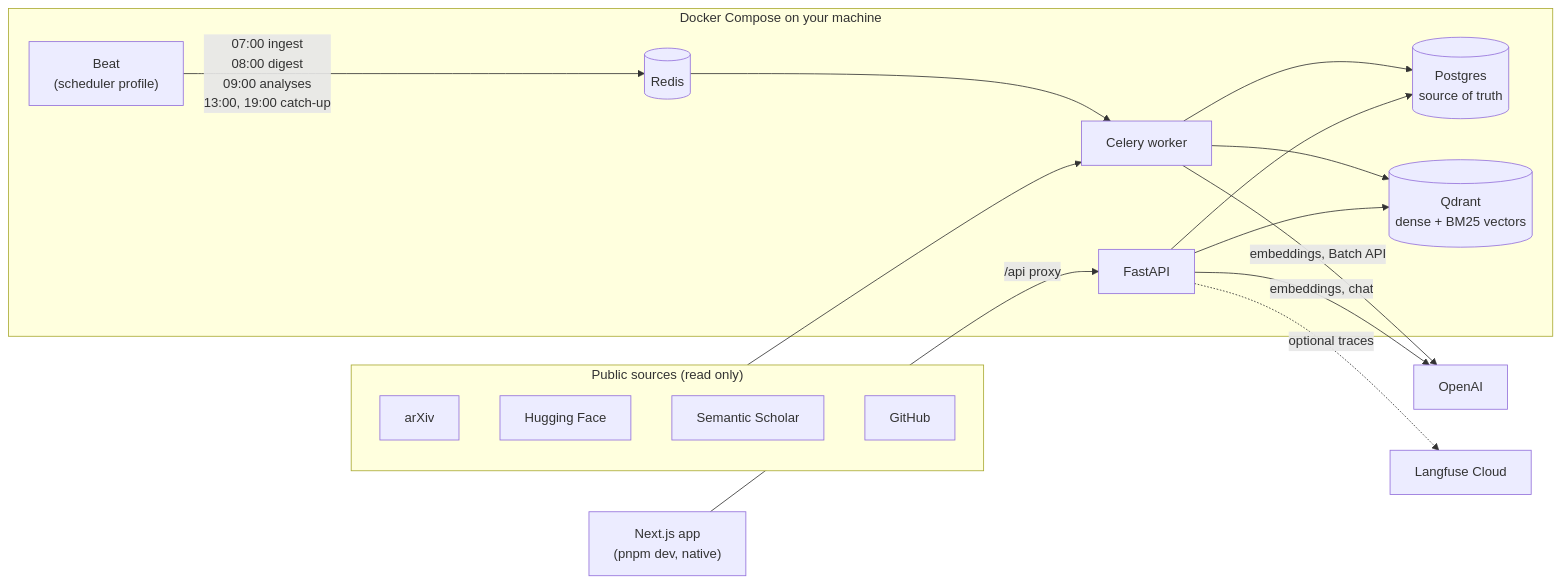
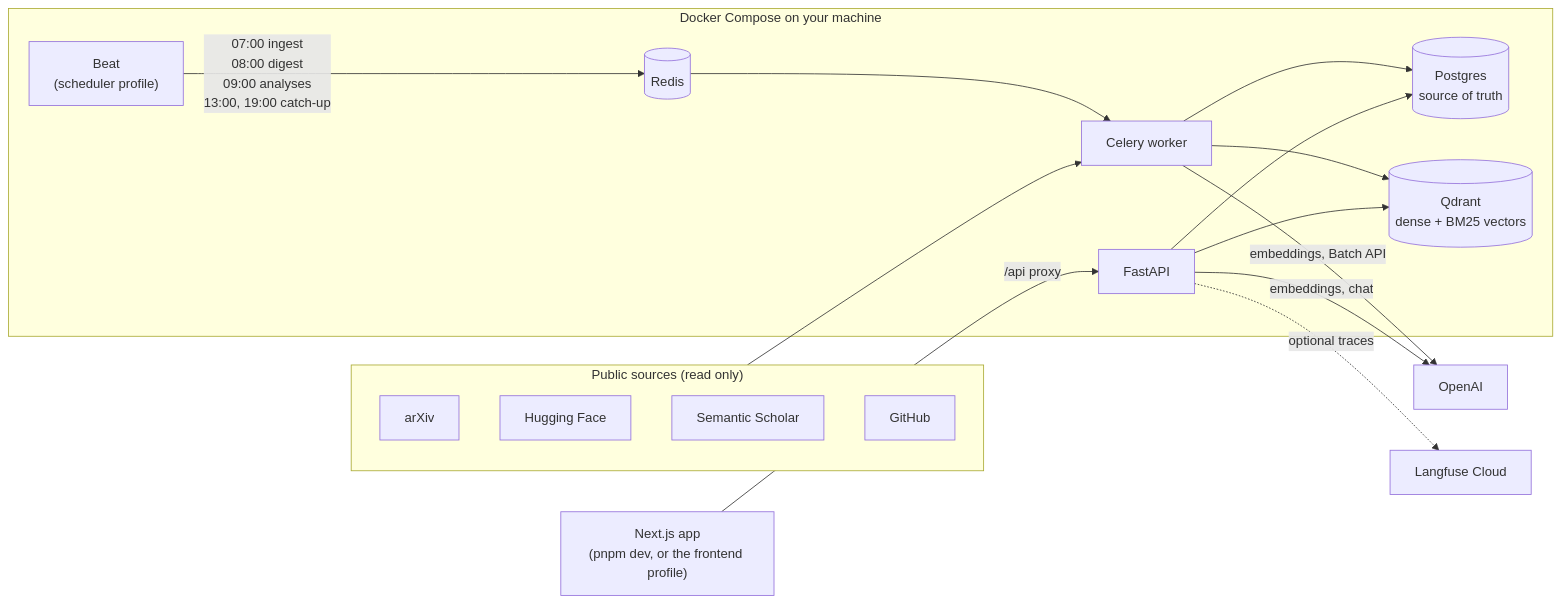
The diagram in README.md (EmirSalmanDev/RAG_Research_Assistant), drawn with Mermaid before and after one commit. The commit also changed other lines of this file and 4 other files, not shown here.

First line of the commit message:
Build the compose frontend to proxy /api to the api service

````diff
--- a/README.md
+++ b/README.md
@@ -20,22 +20,22 @@
 ```mermaid
 flowchart LR
     subgraph web["Public sources (read only)"]
         arxiv[arXiv]
         hf[Hugging Face]
         s2[Semantic Scholar]
         gh[GitHub]
     end
     subgraph stack["Docker Compose on your machine"]
         beat["Beat<br/>(scheduler profile)"] -->|07:00 ingest<br/>08:00 digest<br/>09:00 analyses<br/>13:00, 19:00 catch-up| redis[(Redis)]
         redis --> worker[Celery worker]
         worker --> pg[("Postgres<br/>source of truth")]
         worker --> qd[("Qdrant<br/>dense + BM25 vectors")]
         api[FastAPI] --> pg
         api --> qd
     end
     web --> worker
     worker -->|embeddings, Batch API| openai[OpenAI]
     api -->|embeddings, chat| openai
-    ui["Next.js app<br/>(pnpm dev, native)"] -->|/api proxy| api
+    ui["Next.js app<br/>(pnpm dev, or the frontend profile)"] -->|/api proxy| api
     api -.->|optional traces| lf[Langfuse Cloud]
 ```
````
